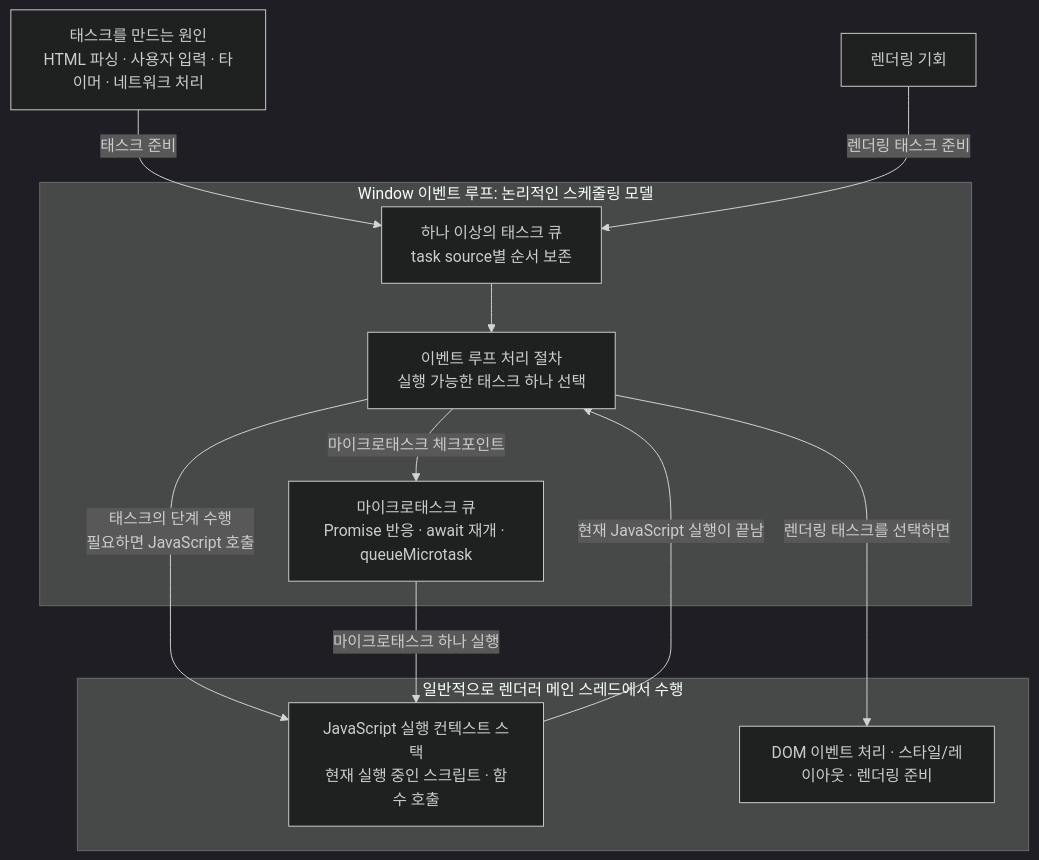
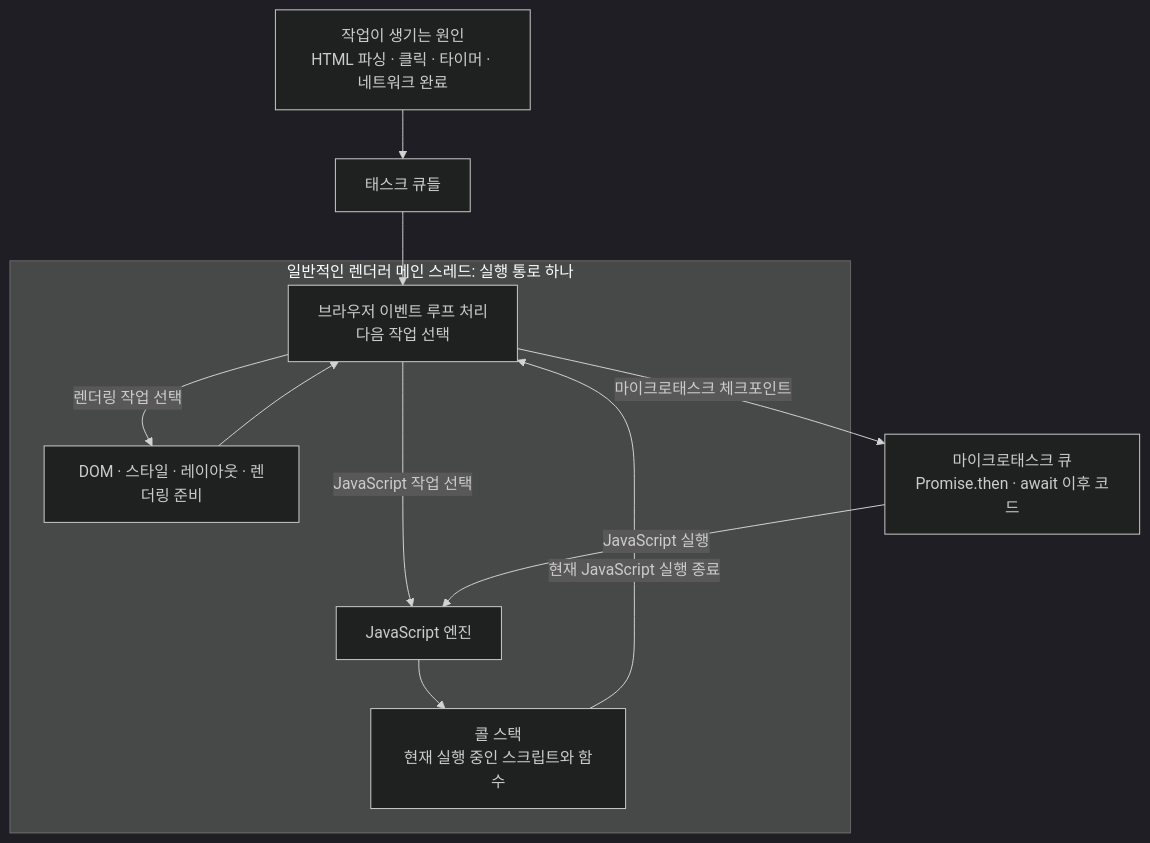
The first of 2 diagrams in docs/frontend-study/06-main-thread-call-stack-and-event-loop.md (lee-gimoon/futures-paper-trading), drawn with Mermaid (dark theme) before and after one commit. The commit also changed other lines of this file, not shown here.

````diff
--- a/docs/frontend-study/06-main-thread-call-stack-and-event-loop.md
+++ b/docs/frontend-study/06-main-thread-call-stack-and-event-loop.md
@@ -13,25 +20,24 @@
 ```mermaid
 flowchart TB
-  SRC["태스크를 만드는 원인<br/>HTML 파싱 · 사용자 입력 · 타이머 · 네트워크 처리"]
-  RO["렌더링 기회"]
+  SOURCE["작업이 생기는 원인<br/>HTML 파싱 · 클릭 · 타이머 · 네트워크 완료"]
+  TQ["태스크 큐들"]
+  MQ["마이크로태스크 큐<br/>Promise.then · await 이후 코드"]
 
-  subgraph LOOP["Window 이벤트 루프: 논리적인 스케줄링 모델"]
-    TQ["하나 이상의 태스크 큐<br/>task source별 순서 보존"]
-    EL["이벤트 루프 처리 절차<br/>실행 가능한 태스크 하나 선택"]
-    MQ["마이크로태스크 큐<br/>Promise 반응 · await 재개 · queueMicrotask"]
+  subgraph MAIN["일반적인 렌더러 메인 스레드: 실행 통로 하나"]
+    EL["브라우저 이벤트 루프 처리<br/>다음 작업 선택"]
+    JS["JavaScript 엔진"]
+    CS["콜 스택<br/>현재 실행 중인 스크립트와 함수"]
+    UI["DOM · 스타일 · 레이아웃 · 렌더링 준비"]
+
+    EL -->|"JavaScript 작업 선택"| JS
+    JS --> CS
+    CS -->|"현재 JavaScript 실행 종료"| EL
+    EL -->|"렌더링 작업 선택"| UI
+    UI --> EL
   end
 
-  subgraph MAIN["일반적으로 렌더러 메인 스레드에서 수행"]
-    CS["JavaScript 실행 컨텍스트 스택<br/>현재 실행 중인 스크립트 · 함수 호출"]
-    UI["DOM 이벤트 처리 · 스타일/레이아웃 · 렌더링 준비"]
-  end
-
-  SRC -->|"태스크 준비"| TQ
-  RO -->|"렌더링 태스크 준비"| TQ
+  SOURCE --> TQ
   TQ --> EL
-  EL -->|"태스크의 단계 수행<br/>필요하면 JavaScript 호출"| CS
-  CS -->|"현재 JavaScript 실행이 끝남"| EL
   EL -->|"마이크로태스크 체크포인트"| MQ
-  MQ -->|"마이크로태스크 하나 실행"| CS
-  EL -->|"렌더링 태스크를 선택하면"| UI
+  MQ -->|"JavaScript 실행"| JS
 ```
````
